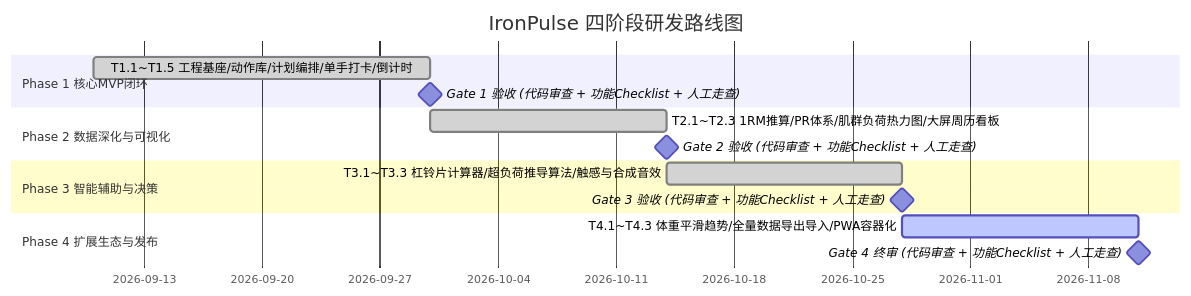
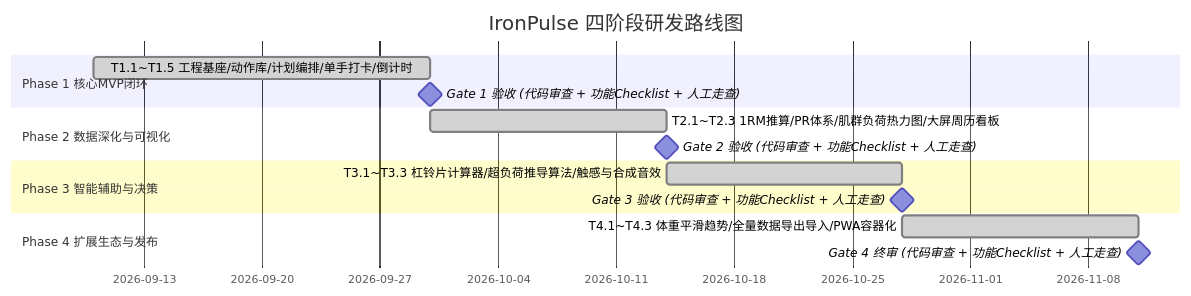
One commit to couuas/ironpulse changed the diagram in docs/rd_tracking_plan.md. Above: the diagram before and after it, drawn with Mermaid. The commit also changed other lines of this file and 17 other files, not shown here.

````diff
--- a/docs/rd_tracking_plan.md
+++ b/docs/rd_tracking_plan.md
@@ -20,17 +20,17 @@
 ```mermaid
 gantt
     title IronPulse 四阶段研发路线图
     dateFormat  YYYY-MM-DD
     section Phase 1 核心MVP闭环
     T1.1~T1.5 工程基座/动作库/计划编排/单手打卡/倒计时 :done, p1, 2026-09-10, 20d
     Gate 1 验收 (代码审查 + 功能Checklist + 人工走查)    :milestone, m1, after p1, 0d
     section Phase 2 数据深化与可视化
     T2.1~T2.3 1RM推算/PR体系/肌群负荷热力图/大屏周历看板  :done, p2, after m1, 14d
     Gate 2 验收 (代码审查 + 功能Checklist + 人工走查)    :milestone, m2, after p2, 0d
     section Phase 3 智能辅助与决策
     T3.1~T3.3 杠铃片计算器/超负荷推导算法/触感与合成音效  :done, p3, after m2, 14d
     Gate 3 验收 (代码审查 + 功能Checklist + 人工走查)    :milestone, m3, after p3, 0d
     section Phase 4 扩展生态与发布
-    T4.1~T4.3 体重平滑趋势/全量数据导出导入/PWA容器化    :active, p4, after m3, 14d
+    T4.1~T4.3 体重平滑趋势/全量数据导出导入/PWA容器化    :done, p4, after m3, 14d
     Gate 4 终审 (代码审查 + 功能Checklist + 人工走查)    :milestone, m4, after p4, 0d
 ```
````
